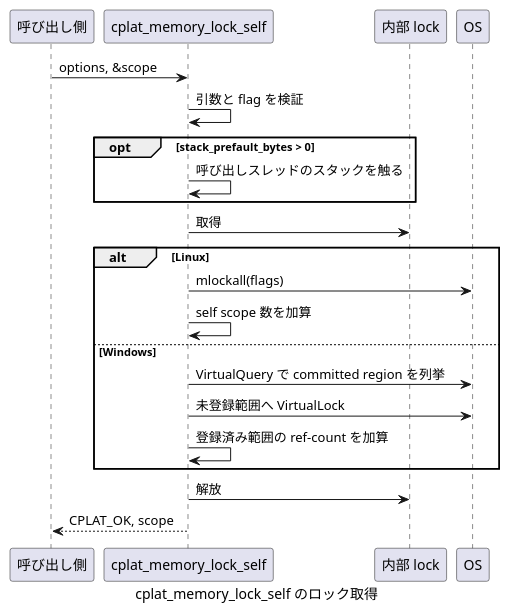
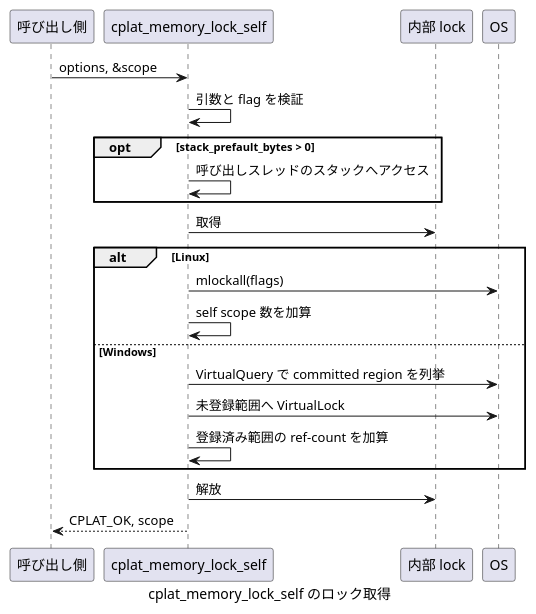
The first of 2 diagrams in docs/memory-lock.md (Hondarer/app_c-platform), drawn with PlantUML before and after one commit. The commit also changed other lines of this file and 79 other files, not shown here.

````diff
--- a/docs/memory-lock.md
+++ b/docs/memory-lock.md
@@ -101,26 +101,26 @@
 ```plantuml
 @startuml cplat_memory_lock_self のロック取得
 caption cplat_memory_lock_self のロック取得
 participant "呼び出し側" as Caller
 participant "cplat_memory_lock_self" as API
 participant "内部 lock" as Lock
 participant "OS" as OS
 
 Caller -> API : options, &scope
 API -> API : 引数と flag を検証
 opt stack_prefault_bytes > 0
-    API -> API : 呼び出しスレッドのスタックを触る
+    API -> API : 呼び出しスレッドのスタックへアクセス
 end
 API -> Lock : 取得
 alt Linux
     API -> OS : mlockall(flags)
     API -> API : self scope 数を加算
 else Windows
     API -> OS : VirtualQuery で committed region を列挙
     API -> OS : 未登録範囲へ VirtualLock
     API -> API : 登録済み範囲の ref-count を加算
 end
 API -> Lock : 解放
 API --> Caller : CPLAT_OK, scope
 @enduml
 ```
````
